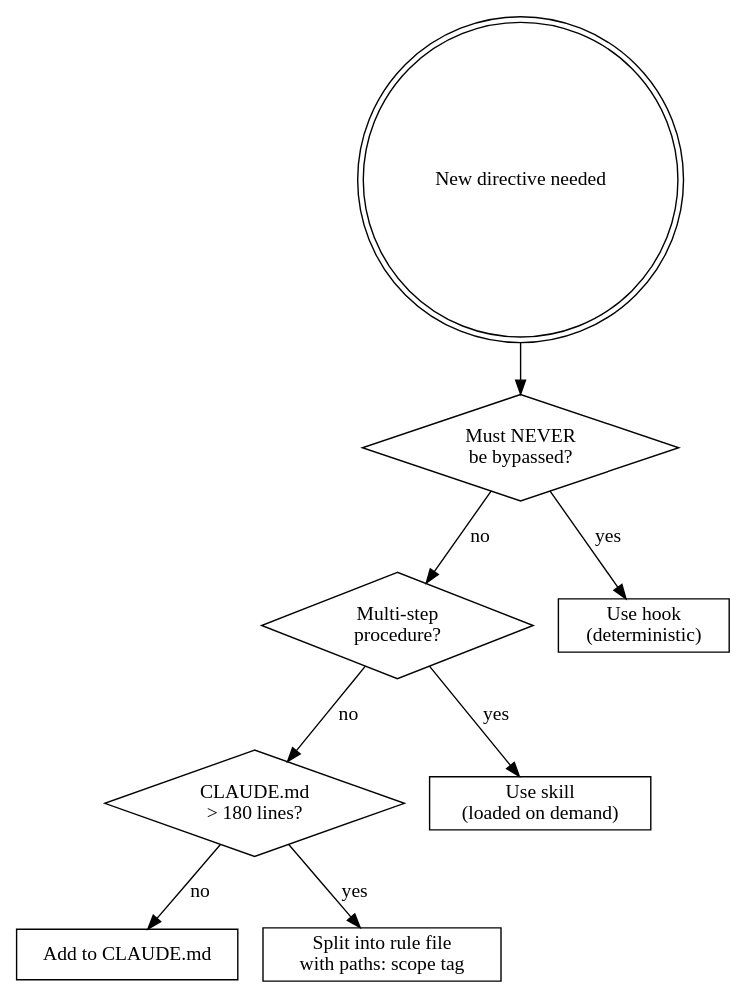
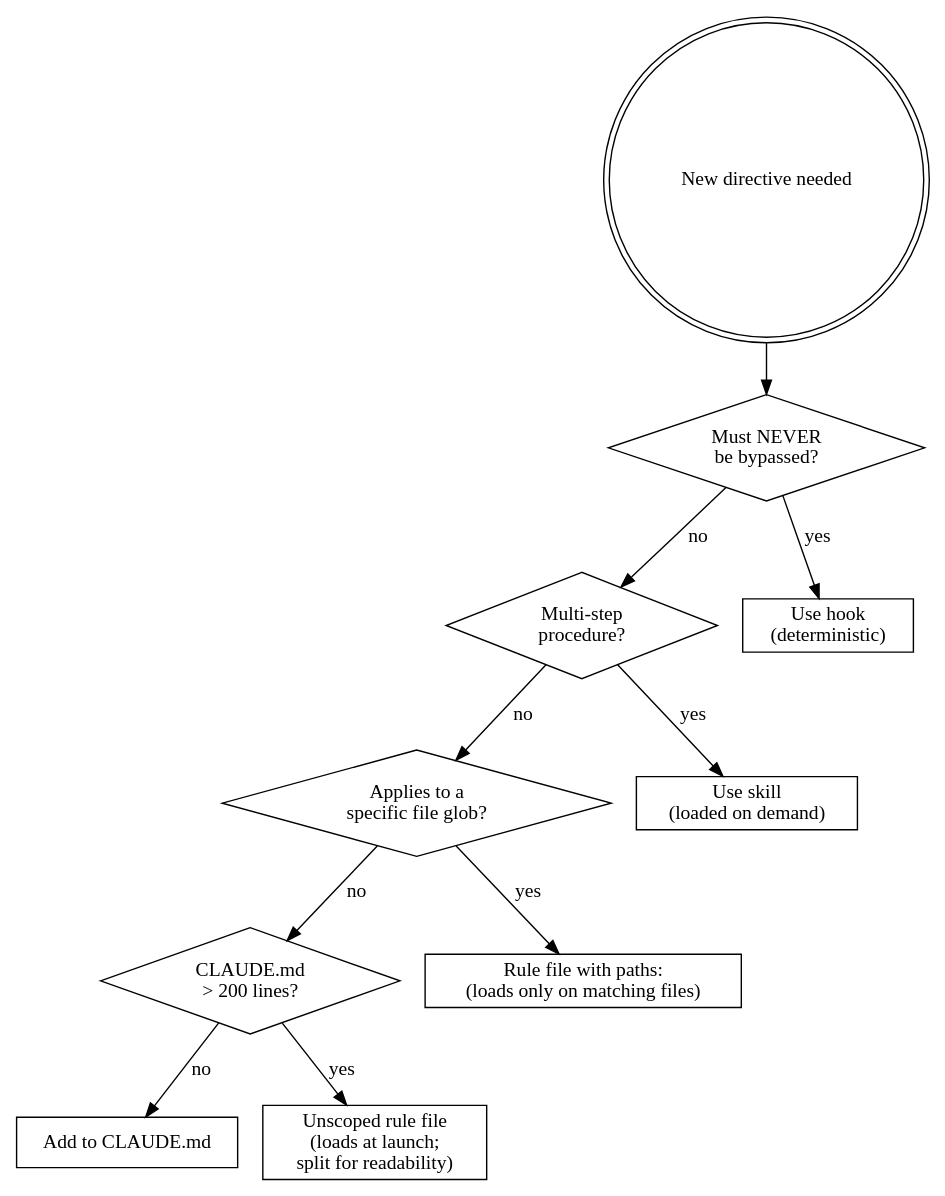
The diagram in plugins/rcc/skills/writing-rules/SKILL.md (wayne930242/Reflexive-Claude-Code), drawn with Graphviz before and after one commit. The commit also changed other lines of this file and 10 other files, not shown here.

````diff
--- a/plugins/rcc/skills/writing-rules/SKILL.md
+++ b/plugins/rcc/skills/writing-rules/SKILL.md
@@ -69,23 +68,27 @@
 ```dot
 digraph rule_decision {
     rankdir=TB;
 
     start [label="New directive needed", shape=doublecircle];
     hard [label="Must NEVER\nbe bypassed?", shape=diamond];
     proc [label="Multi-step\nprocedure?", shape=diamond];
-    budget [label="CLAUDE.md\n> 180 lines?", shape=diamond];
+    scoped [label="Applies to a\nspecific file glob?", shape=diamond];
+    budget [label="CLAUDE.md\n> 200 lines?", shape=diamond];
 
     hook [label="Use hook\n(deterministic)", shape=box];
     skill [label="Use skill\n(loaded on demand)", shape=box];
     claudemd [label="Add to CLAUDE.md", shape=box];
-    rule [label="Split into rule file\nwith paths: scope tag", shape=box];
+    rule [label="Rule file with paths:\n(loads only on matching files)", shape=box];
+    global [label="Unscoped rule file\n(loads at launch;\nsplit for readability)", shape=box];
 
     start -> hard;
     hard -> hook [label="yes"];
     hard -> proc [label="no"];
     proc -> skill [label="yes"];
-    proc -> budget [label="no"];
-    budget -> rule [label="yes"];
+    proc -> scoped [label="no"];
+    scoped -> rule [label="yes"];
+    scoped -> budget [label="no"];
+    budget -> global [label="yes"];
     budget -> claudemd [label="no"];
 }
 ```
````
